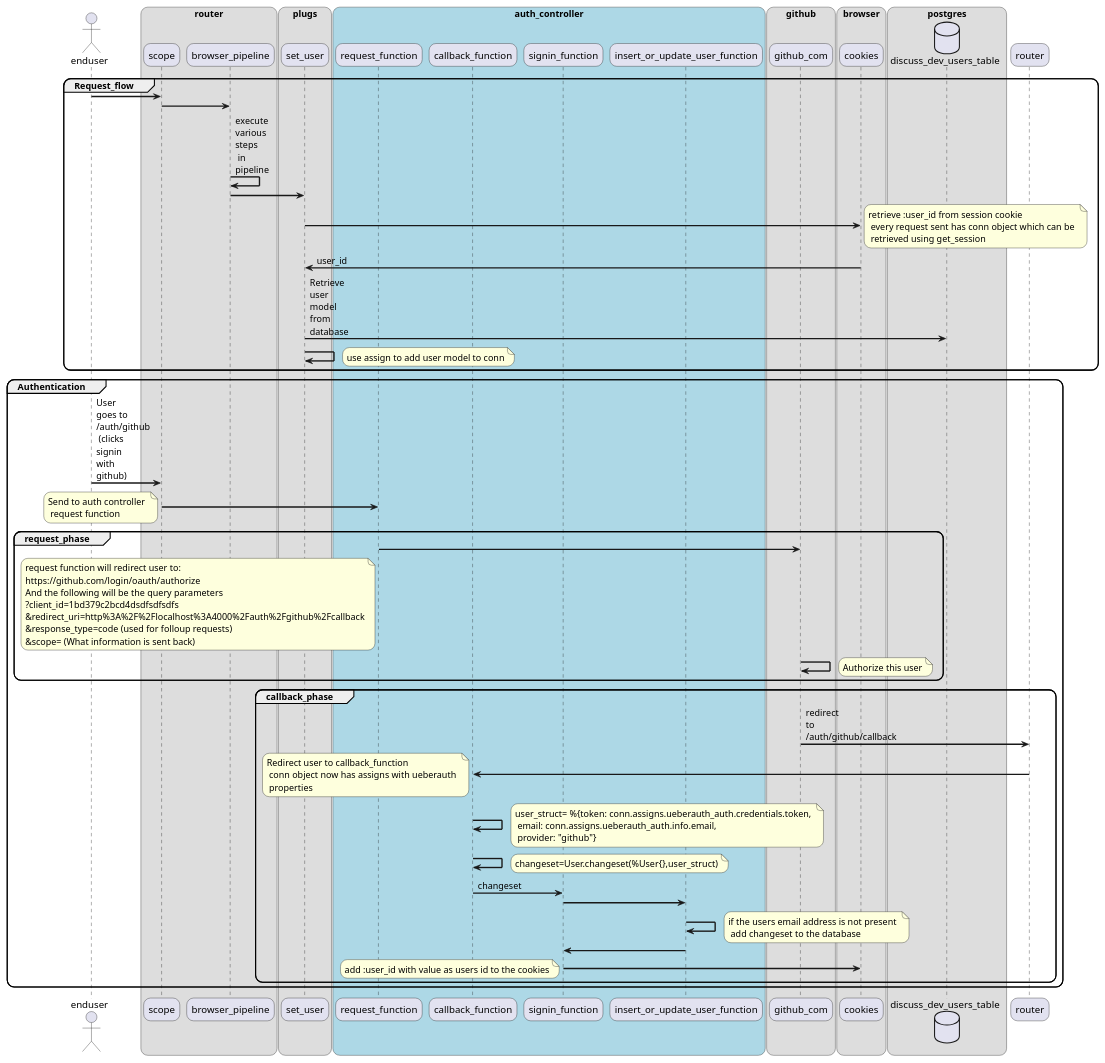
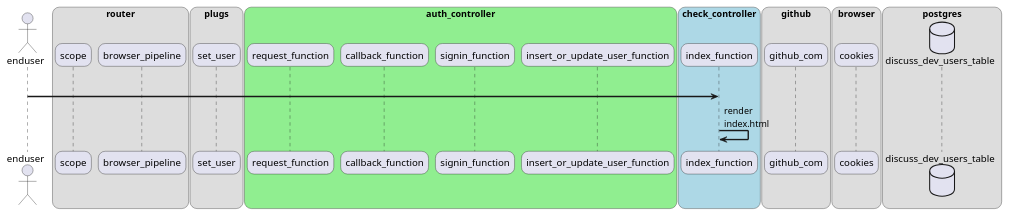
One commit to vinlok/vinlok.github.io changed the diagram in _posts/uberauth_github.wsd. Above: the diagram before and after it, drawn with PlantUML. The commit also changed 3 other files, not shown here.

```diff
--- a/_posts/uberauth_github.wsd
+++ b/_posts/uberauth_github.wsd
@@ -2,97 +2,50 @@
 @startuml
 
 
 skinparam sequenceArrowThickness 2
 skinparam roundcorner 20
 skinparam maxmessagesize 60
 
 ' List client service components/participants here
 
 actor enduser
 
 box "router"
 participant scope
 participant browser_pipeline
 end box
 
 box "plugs"
 participant set_user
-
 end box
 
-box "auth_controller" #LightBlue
+box "auth_controller" #Lightgreen
 participant request_function
 participant callback_function
 participant signin_function
 participant insert_or_update_user_function
 end box
+
+box "check_controller" #LightBlue
+participant index_function
+end box
+
 
 box "github"
 participant github_com
 end box
 
 box "browser"
 participant cookies
 end box
 
 box postgres
 database discuss_dev_users_table
 end box
 
 group Request_flow
-enduser -> scope 
-scope -> browser_pipeline
-browser_pipeline -> browser_pipeline : execute various steps \n in pipeline
-browser_pipeline -> set_user
-set_user -> cookies 
-note right : retrieve :user_id from session cookie \n every request sent has conn object which can be \n retrieved using get_session
-cookies -> set_user :user_id
-set_user -> discuss_dev_users_table : Retrieve user model from database
-set_user -> set_user 
-note right : use assign to add user model to conn
 
-end group
-
-
-group Authentication 
-
-    enduser ->  scope : User goes to /auth/github  \n (clicks signin with github)
-    scope -> request_function
-    note left : Send to auth controller \n request function
-
-    group request_phase
-        request_function -> github_com
-        note left of request_function
-            request function will redirect user to:
-            https://github.com/login/oauth/authorize
-            And the following will be the query parameters
-            ?client_id=1bd379c2bcd4dsdfsdfsdfs
-            &redirect_uri=http%3A%2F%2Flocalhost%3A4000%2Fauth%2Fgithub%2Fcallback
-            &response_type=code (used for folloup requests)
-            &scope= (What information is sent back)
-        end note
-        github_com -> github_com 
-        note right: Authorize this user 
-    end group
-
-    group callback_phase
-        github_com -> router : redirect to /auth/github/callback
-        router -> callback_function
-        note left: Redirect user to callback_function \n conn object now has assigns with ueberauth \n properties
-        callback_function -> callback_function 
-        note right : user_struct= %{token: conn.assigns.ueberauth_auth.credentials.token, \n email: conn.assigns.ueberauth_auth.info.email, \n provider: "github"}
-        callback_function -> callback_function
-        note right : changeset=User.changeset(%User{},user_struct)
-        callback_function -> signin_function : changeset
-        signin_function -> insert_or_update_user_function 
-        insert_or_update_user_function -> insert_or_update_user_function 
-        note right: if the users email address is not present \n add changeset to the database
-        insert_or_update_user_function -> signin_function
-        signin_function -> cookies
-        note left: add :user_id with value as users id to the cookies
-
-    end group
-
-end group
+enduser -> index_function
+index_function -> index_function : render index.html
 
 @enduml
```
